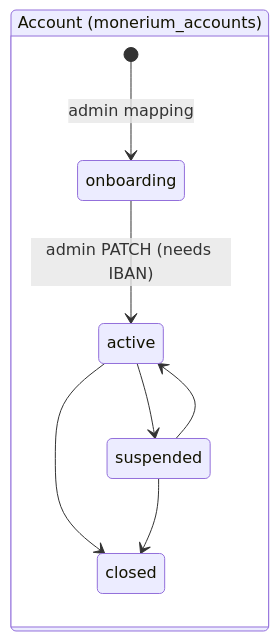
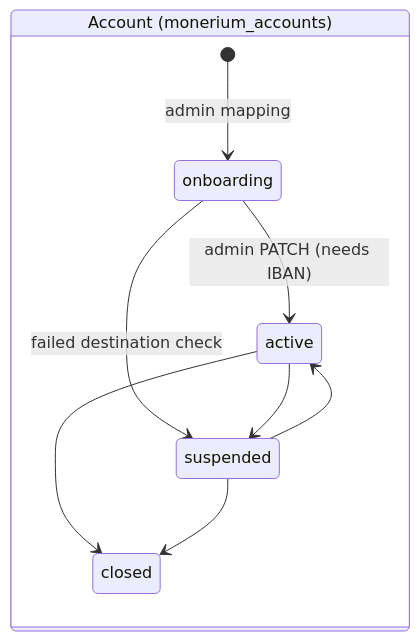
Before and after one commit to pendulum-chain/vortex: the seventh of 8 diagrams in docs/architecture-monerium-b2b-onramp.md, drawn with Mermaid. The commit also changed other lines of this file and 50 other files, not shown here.

````diff
--- a/docs/architecture-monerium-b2b-onramp.md
+++ b/docs/architecture-monerium-b2b-onramp.md
@@ -269,12 +284,13 @@
 ```mermaid
 stateDiagram-v2
     direction LR
     state "Account (monerium_accounts)" as acc {
         [*] --> onboarding : admin mapping
         onboarding --> active : admin PATCH (needs IBAN)
+        onboarding --> suspended : failed destination check
         active --> suspended
         suspended --> active
         active --> closed
         suspended --> closed
     }
 ```
````
